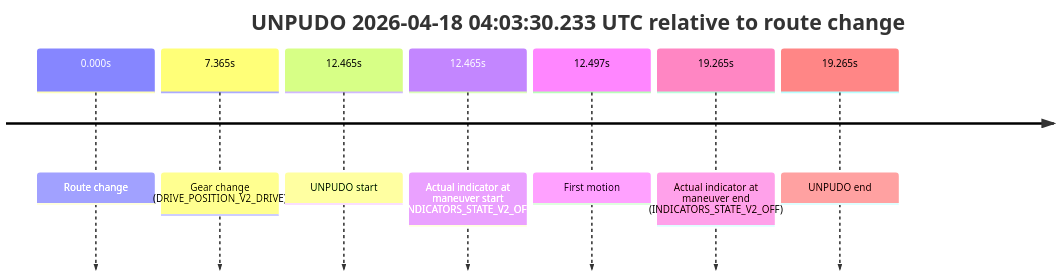
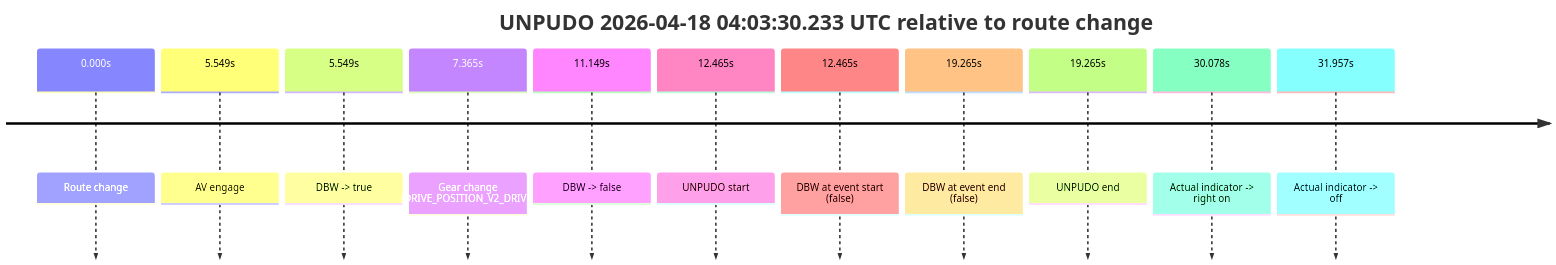
One commit to yoelshapiro/vault changed diagram 13 of 13 in model_analysis/report_cards/2026/04/Week-3/fme10003--2026-04-18--02-47-41--gen2-av-8858cd5c-761b-4219-adaf-0d47252e47fd.md. Above: the diagram before and after it, drawn with Mermaid. The commit also changed other lines of this file and 41 other files, not shown here.

````diff
--- a/model_analysis/report_cards/2026/04/Week-3/fme10003--2026-04-18--02-47-41--gen2-av-8858cd5c-761b-4219-adaf-0d47252e47fd.md
+++ b/model_analysis/report_cards/2026/04/Week-3/fme10003--2026-04-18--02-47-41--gen2-av-8858cd5c-761b-4219-adaf-0d47252e47fd.md
@@ -1188,11 +1172,15 @@
 ```mermaid
 timeline
     title UNPUDO 2026-04-18 04:03:30.233 UTC relative to route change
     0.000s : Route change
+    5.549s : AV engage
+    5.549s : DBW -> true
     7.365s : Gear change (DRIVE_POSITION_V2_DRIVE)
+    11.149s : DBW -> false
     12.465s : UNPUDO start
-    12.465s : Actual indicator at maneuver start (INDICATORS_STATE_V2_OFF)
-    12.497s : First motion
-    19.265s : Actual indicator at maneuver end (INDICATORS_STATE_V2_OFF)
+    12.465s : DBW at event start (false)
+    19.265s : DBW at event end (false)
     19.265s : UNPUDO end
+    30.078s : Actual indicator -> right on
+    31.957s : Actual indicator -> off
 ```
````
